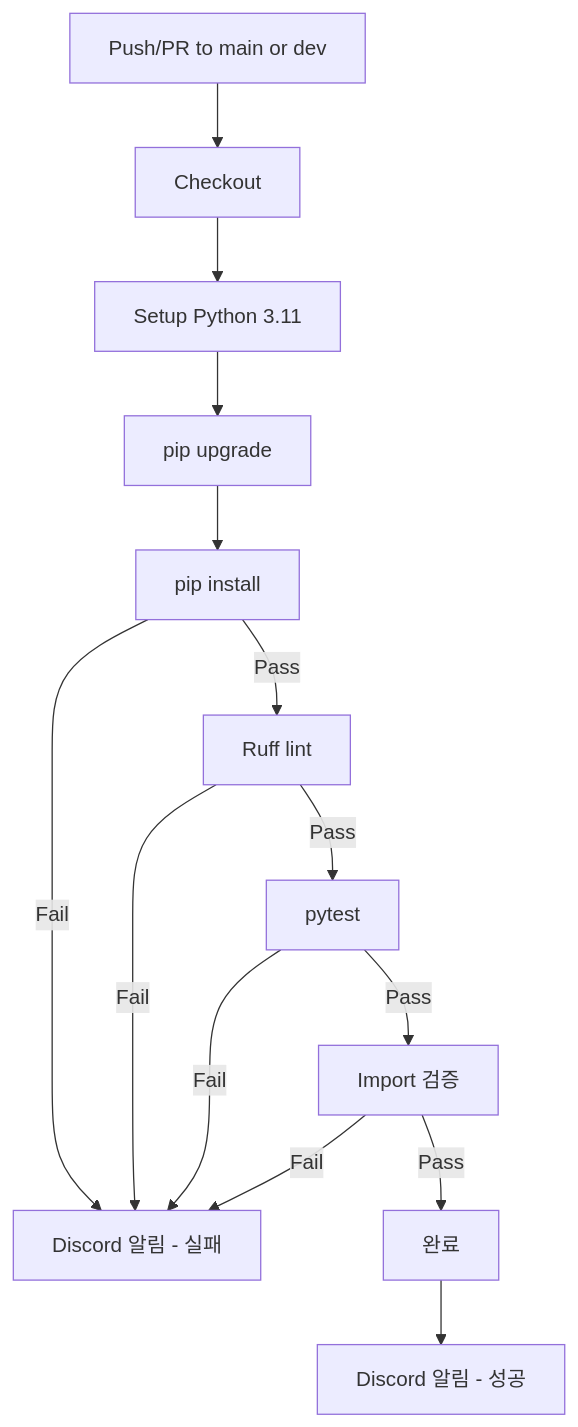
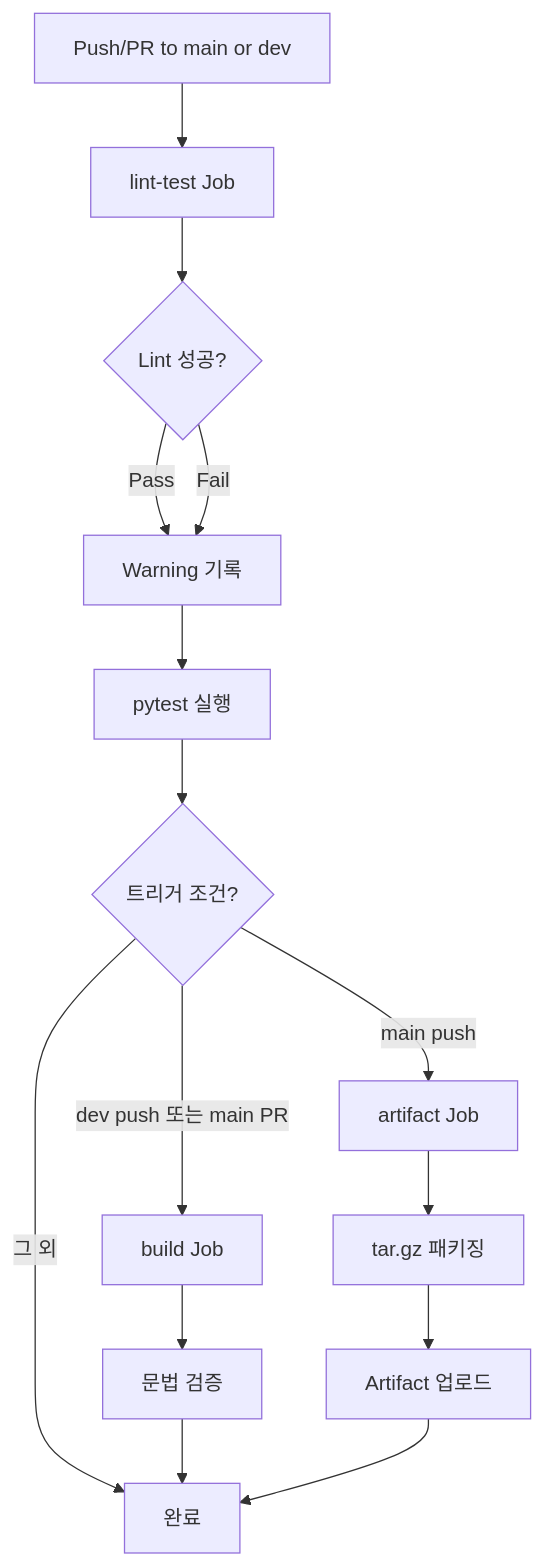
The diagram in wiki/guide/ai-server-ci-guide.md (100-hours-a-week/14-team-dojangkok-cloud), drawn with Mermaid before and after one commit. The commit also changed other lines of this file and 1 other file, not shown here.

````diff
--- a/wiki/guide/ai-server-ci-guide.md
+++ b/wiki/guide/ai-server-ci-guide.md
@@ -232,16 +281,20 @@
 ```mermaid
 flowchart TD
-    A[Push/PR to main or dev] --> B[Checkout]
-    B --> C[Setup Python 3.11]
-    C --> D[pip upgrade]
-    D --> E[pip install]
-    E -->|Pass| F[Ruff lint]
-    E -->|Fail| X[Discord 알림 - 실패]
-    F -->|Pass| G[pytest]
-    F -->|Fail| X
-    G -->|Pass| H[Import 검증]
-    G -->|Fail| X
-    H -->|Pass| I[완료]
-    H -->|Fail| X
-    I --> Y[Discord 알림 - 성공]
+    A[Push/PR to main or dev] --> B[lint-test Job]
+    B --> C{Lint 성공?}
+    C -->|Pass| D[Format Check]
+    C -->|Fail| D[Warning 기록]
+    D --> E[pytest 실행]
+    E --> F{트리거 조건?}
+
+    F -->|dev push 또는 main PR| G[build Job]
+    F -->|main push| H[artifact Job]
+    F -->|그 외| I[완료]
+
+    G --> J[문법 검증]
+    J --> I
+
+    H --> K[tar.gz 패키징]
+    K --> L[Artifact 업로드]
+    L --> I
 ```
````
